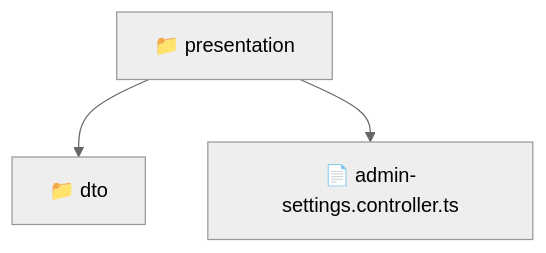
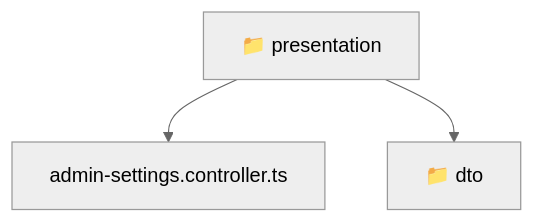
One commit to beginwebdev2002/fullstack-mavluda changed the diagram in backend/src/modules/admin-settings/presentation/README.md. Above: the diagram before and after it, drawn with Mermaid (neutral theme). The commit also changed other lines of this file and 167 other files, not shown here.

````diff
--- a/backend/src/modules/admin-settings/presentation/README.md
+++ b/backend/src/modules/admin-settings/presentation/README.md
@@ -9,6 +9,8 @@
 ```mermaid
 graph TD
-  Root["📁 presentation"]
-  Root --> dto["📁 dto"]
-  Root --> admin_settings_controller_ts["📄 admin-settings.controller.ts"]
+  Root_presentation["📁 presentation"]
+  f_admin_settings_controller_ts["admin-settings.controller.ts"]
+  Root_presentation --> f_admin_settings_controller_ts
+  f_dto["📁 dto"]
+  Root_presentation --> f_dto
 ```
````
